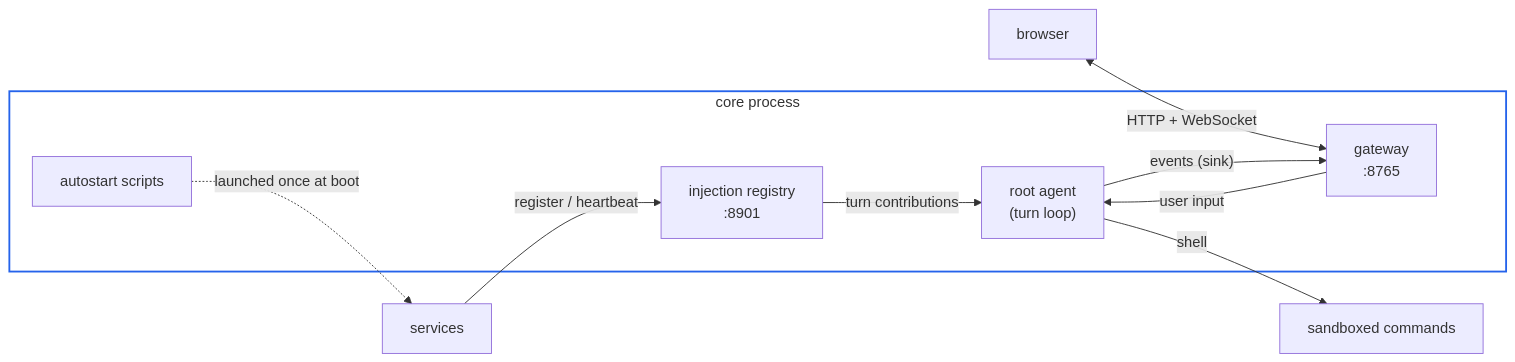
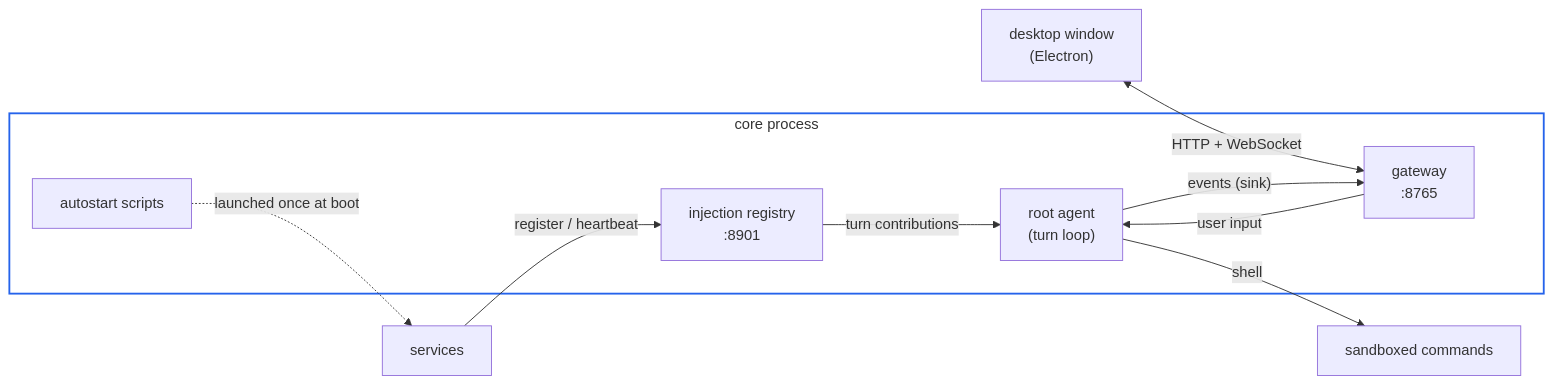
The diagram in docs/for-users/get-started.md (DarkSpaceY/NAN-itself), drawn with Mermaid before and after one commit. The commit also changed other lines of this file and 55 other files, not shown here.

Commit message:
refactor(desktop): 合并前端到 electron，由 nan 统一拉起窗口

````diff
--- a/docs/for-users/get-started.md
+++ b/docs/for-users/get-started.md
@@ -69,17 +70,17 @@
 ```mermaid
 flowchart LR
     subgraph PROC["core process"]
         ROOT["root agent<br/>(turn loop)"]
         GW["gateway<br/>:8765"]
         HUB["injection registry<br/>:8901"]
         AUTO["autostart scripts"]
     end
-    BROWSER["browser"] <-->|"HTTP + WebSocket"| GW
+    WINDOW["desktop window<br/>(Electron)"] <-->|"HTTP + WebSocket"| GW
     GW -->|"user input"| ROOT
     ROOT -->|"events (sink)"| GW
     SVC["services"] -->|"register / heartbeat"| HUB
     HUB -->|"turn contributions"| ROOT
     ROOT -->|"shell"| SBX["sandboxed commands"]
     AUTO -.->|"launched once at boot"| SVC
     style PROC fill:transparent,stroke:#2563eb,stroke-width:2px
 ```
````
